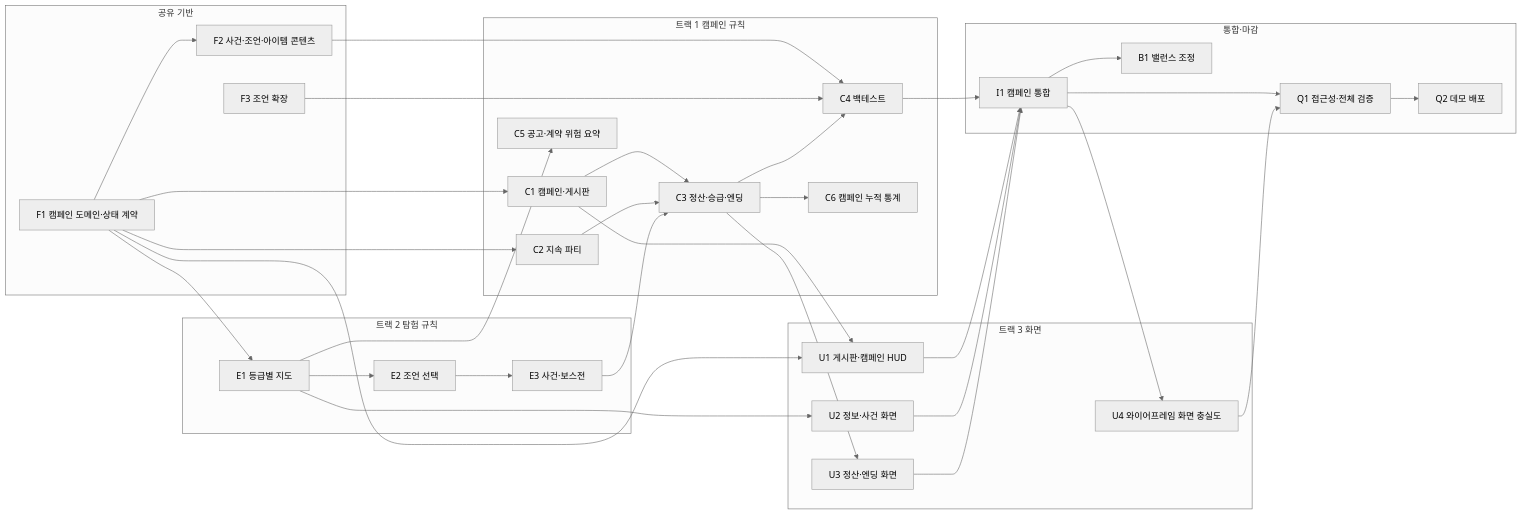
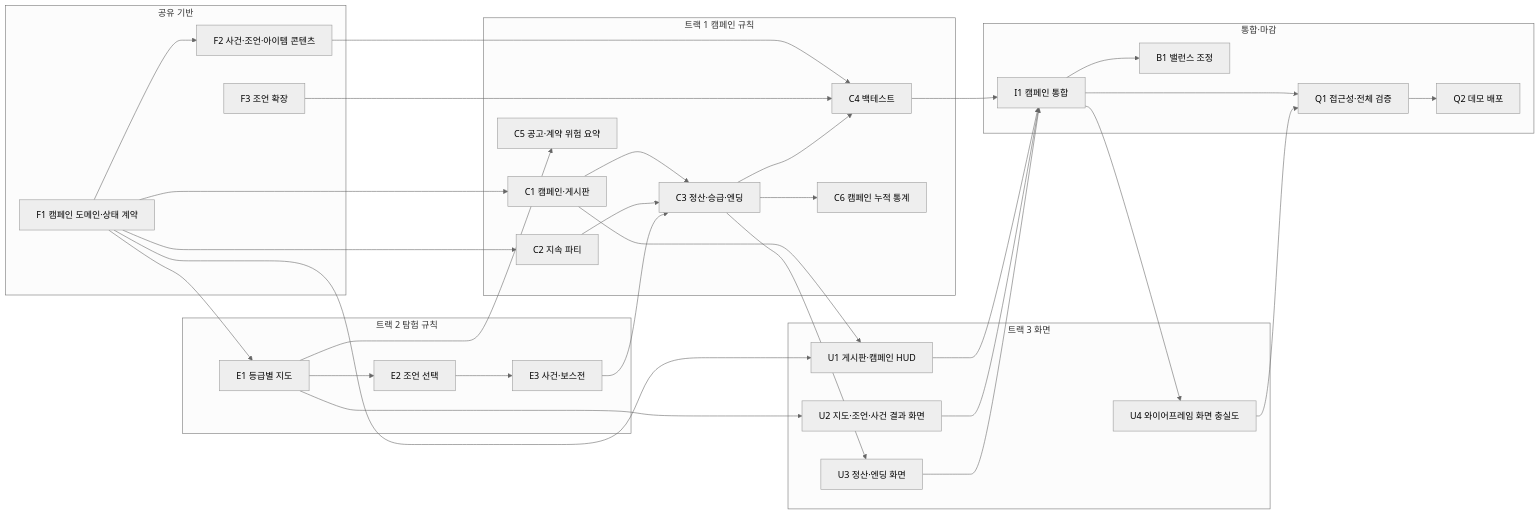
Before and after one commit to LatteBun/Dungeon_Schemer: the diagram in docs/technical/PROTOTYPE_WORK_ASSIGNMENT.md, drawn with Mermaid (neutral theme). The commit also changed other lines of this file, not shown here.

Commit message:
문서: 화면 트랙의 조언 선택 용어를 맞춘다
작업 배정표의 U2 라벨과 화면 요약을 조언 선택과 사건 결과로 고친다.
다른 조언 계약 문구와 공고 카드 표현은 유지한다.

````diff
--- a/docs/technical/PROTOTYPE_WORK_ASSIGNMENT.md
+++ b/docs/technical/PROTOTYPE_WORK_ASSIGNMENT.md
@@ -63,50 +63,50 @@
 ```mermaid
 graph LR
   subgraph L0["공유 기반"]
     F1["F1 캠페인 도메인·상태 계약"]
     F2["F2 사건·조언·아이템 콘텐츠"]
     F3["F3 조언 확장"]
   end
   subgraph T1["트랙 1 캠페인 규칙"]
     C1["C1 캠페인·게시판"]
     C2["C2 지속 파티"]
     C3["C3 정산·승급·엔딩"]
     C4["C4 백테스트"]
     C5["C5 공고·계약 위험 요약"]
     C6["C6 캠페인 누적 통계"]
   end
   subgraph T2["트랙 2 탐험 규칙"]
     E1["E1 등급별 지도"]
     E2["E2 조언 선택"]
     E3["E3 사건·보스전"]
   end
   subgraph T3["트랙 3 화면"]
     U1["U1 게시판·캠페인 HUD"]
-    U2["U2 정보·사건 화면"]
+    U2["U2 지도·조언·사건 결과 화면"]
     U3["U3 정산·엔딩 화면"]
     U4["U4 와이어프레임 화면 충실도"]
   end
   subgraph L4["통합·마감"]
     I1["I1 캠페인 통합"]
     B1["B1 밸런스 조정"]
     Q1["Q1 접근성·전체 검증"]
     Q2["Q2 데모 배포"]
   end
 
   F1 --> C1 & C2 & E1 & F2 & U1
   F2 --> C4
   F3 --> C4
   C1 --> C3 & U1
   C2 --> C3
   E1 --> E2 & U2 & C5
   E2 --> E3
   E3 --> C3
   C3 --> C4 & U3 & C6
   C4 --> I1
   U1 --> I1
   U2 --> I1
   U3 --> I1
   I1 --> Q1 & U4 & B1
   U4 --> Q1
   Q1 --> Q2
 ```
````
